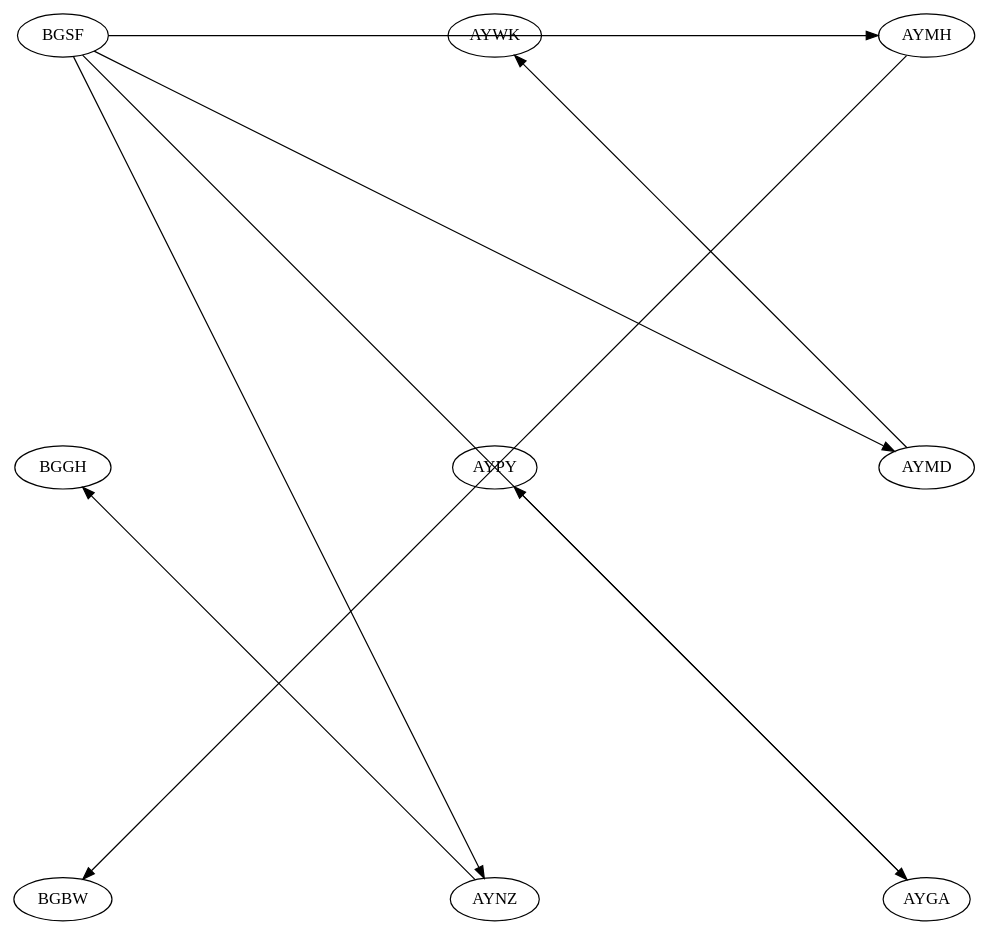
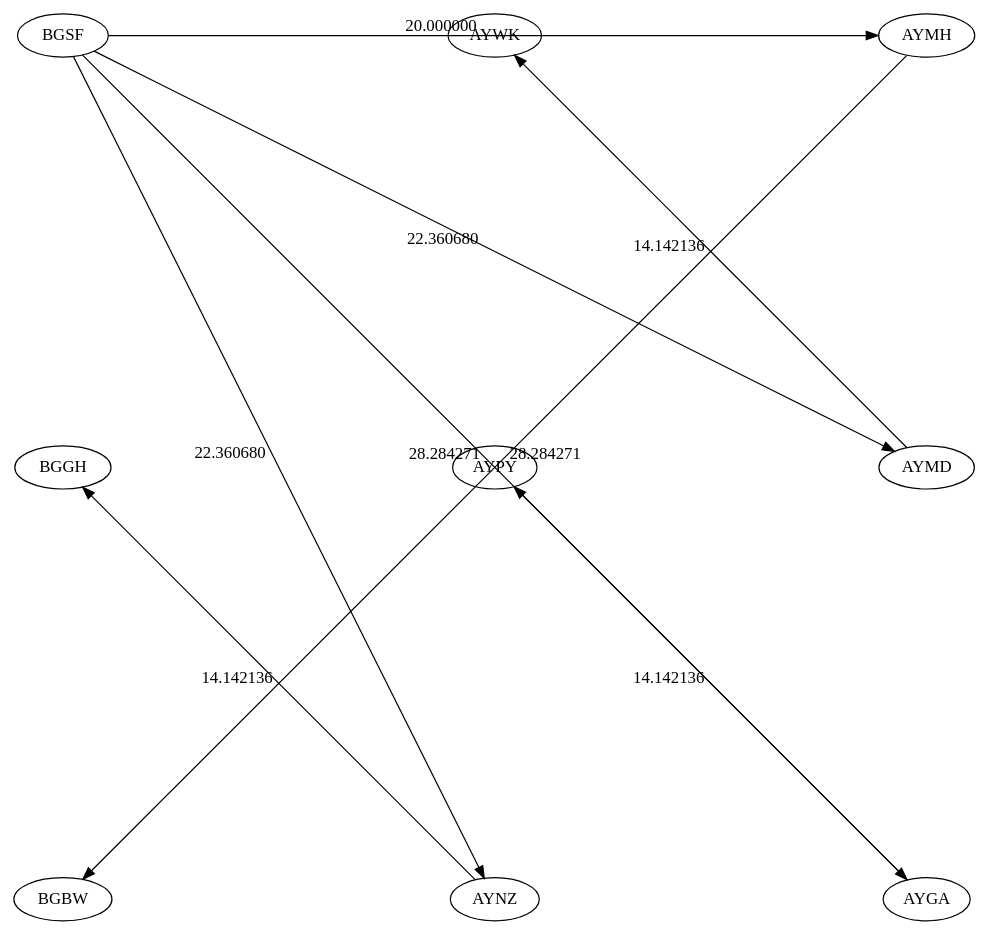
Before and after one commit to zobuj/OpenFlights-CS225-FinalProject: the diagram in suite.dot, drawn with Graphviz. The commit also changed 15 other files, not shown here.

```diff
--- a/suite.dot
+++ b/suite.dot
@@ -1,21 +1,21 @@
 digraph {
 layout=neato;
 scale=0.5;
 "AYGA" [pos="20,-10!"]
 "AYMD" [pos="20,0!"]
 "AYMH" [pos="20,10!"]
 "AYNZ" [pos="10,-10!"]
 "AYPY" [pos="10,0!"]
 "AYWK" [pos="10,10!"]
 "BGBW" [pos="0,-10!"]
 "BGGH" [pos="0,0!"]
 "BGSF" [pos="0,10!"]
-"AYGA"->"AYPY"
-"AYMD"->"AYWK"
-"AYMH"->"BGBW"
-"AYNZ"->"BGGH"
-"BGSF"->"AYGA"
-"BGSF"->"AYMD"
-"BGSF"->"AYMH"
-"BGSF"->"AYNZ"
+"AYGA"->"AYPY" [label="14.142136"]
+"AYMD"->"AYWK" [label="14.142136"]
+"AYMH"->"BGBW" [label="28.284271"]
+"AYNZ"->"BGGH" [label="14.142136"]
+"BGSF"->"AYGA" [label="28.284271"]
+"BGSF"->"AYMD" [label="22.360680"]
+"BGSF"->"AYMH" [label="20.000000"]
+"BGSF"->"AYNZ" [label="22.360680"]
 }
```
